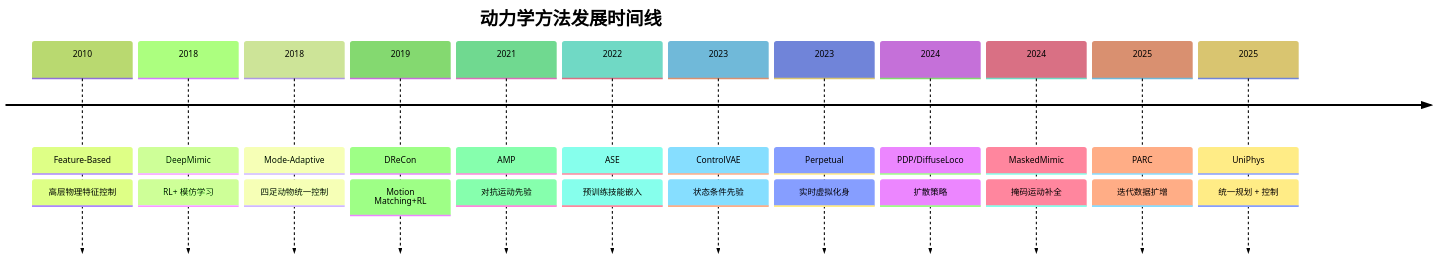
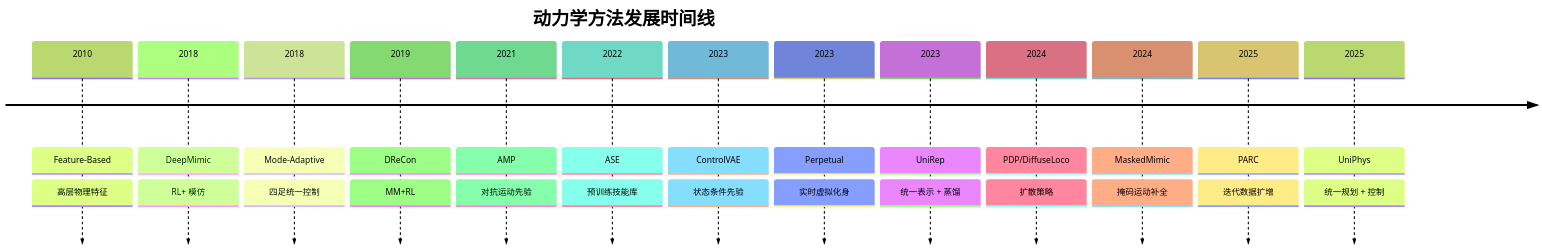
One commit to CaterpillarStudyGroup/GAMES105_mdbook changed the ninth of 22 diagrams in src/Locomotion_Survey.md. Above: the diagram before and after it, drawn with Mermaid (forest theme). The commit also changed other lines of this file, not shown here.

````diff
--- a/src/Locomotion_Survey.md
+++ b/src/Locomotion_Survey.md
@@ -406,16 +477,17 @@
 ```mermaid
 timeline
     title 动力学方法发展时间线
-    2010 : Feature-Based : 高层物理特征控制
-    2018 : DeepMimic : RL+ 模仿学习
-    2018 : Mode-Adaptive : 四足动物统一控制
-    2019 : DReCon : Motion Matching+RL
+    2010 : Feature-Based : 高层物理特征
+    2018 : DeepMimic : RL+ 模仿
+    2018 : Mode-Adaptive : 四足统一控制
+    2019 : DReCon : MM+RL
     2021 : AMP : 对抗运动先验
-    2022 : ASE : 预训练技能嵌入
+    2022 : ASE : 预训练技能库
     2023 : ControlVAE : 状态条件先验
     2023 : Perpetual : 实时虚拟化身
+    2023 : UniRep : 统一表示 + 蒸馏
     2024 : PDP/DiffuseLoco : 扩散策略
     2024 : MaskedMimic : 掩码运动补全
     2025 : PARC : 迭代数据扩增
     2025 : UniPhys : 统一规划 + 控制
 ```
````
